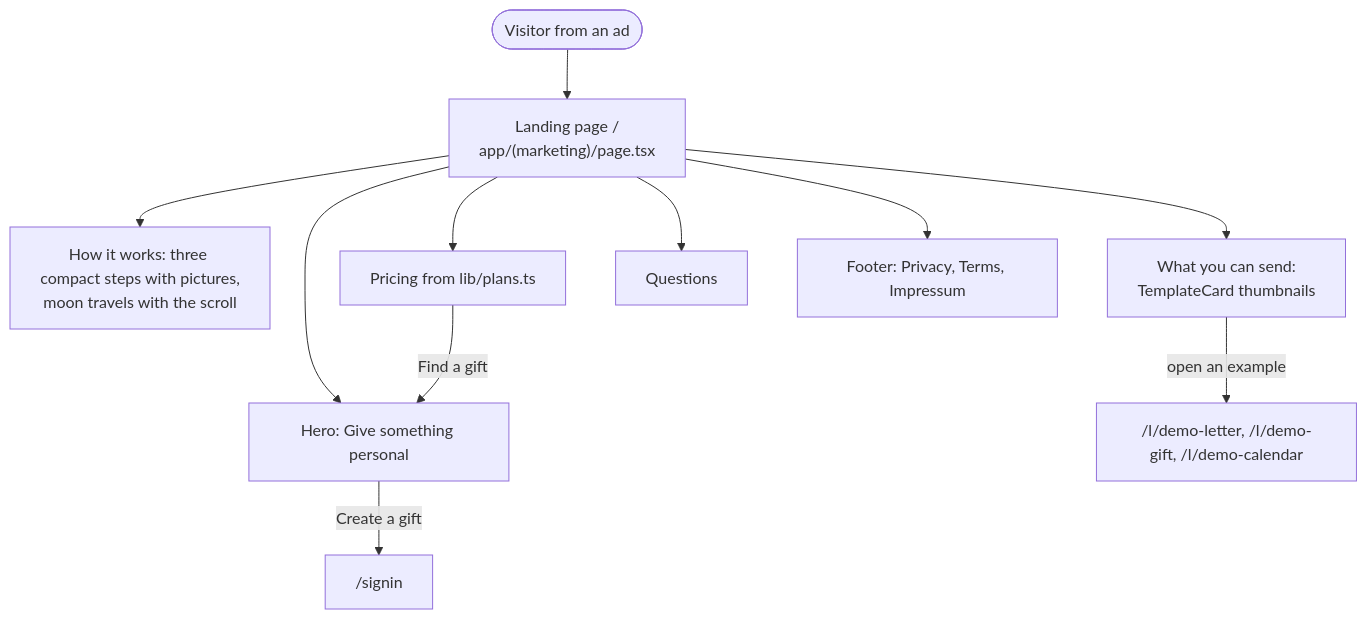
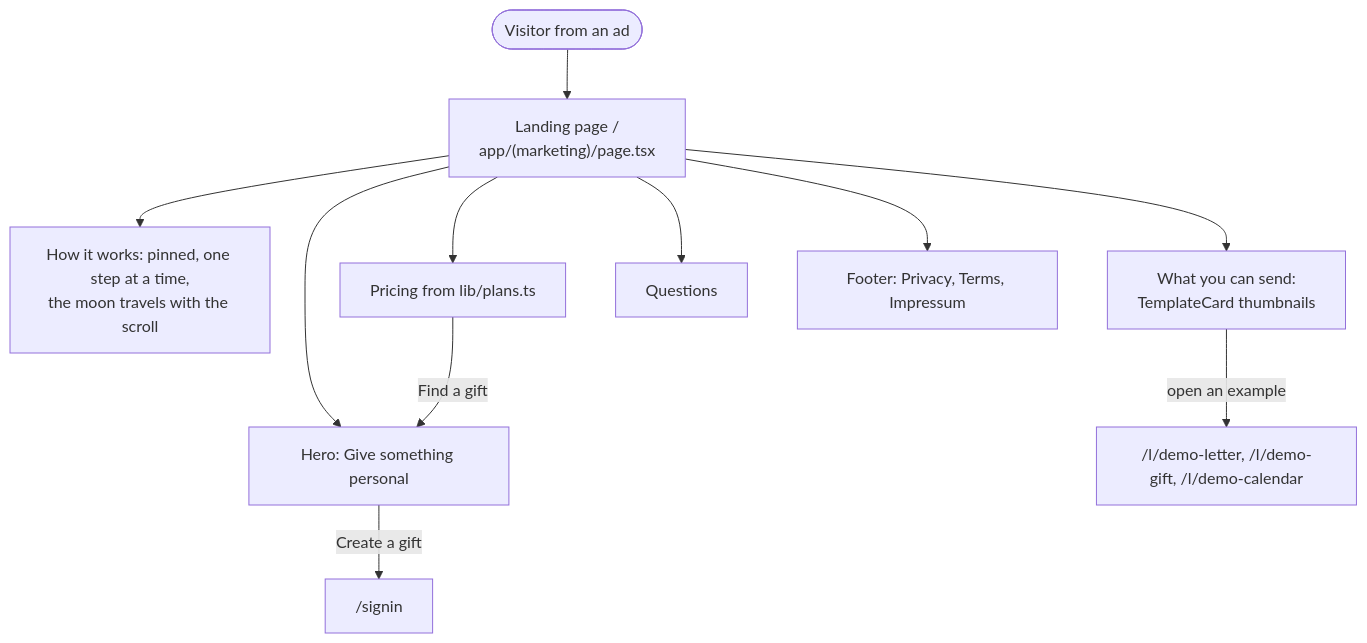
One commit to peresramirez/majnu changed the first of 3 diagrams in docs/features/landing-and-brand.md. Above: the diagram before and after it, drawn with Mermaid. The commit also changed other lines of this file and 10 other files, not shown here.

First line of the commit message:
Document How it works as a pinned story

````diff
--- a/docs/features/landing-and-brand.md
+++ b/docs/features/landing-and-brand.md
@@ -9,13 +9,13 @@
 ```mermaid
 flowchart TD
   ad(["Visitor from an ad"]) --> landing["Landing page /<br/>app/(marketing)/page.tsx"]
   landing --> hero["Hero: Give something personal"]
-  landing --> how["How it works: three compact steps with pictures,<br/>moon travels with the scroll"]
+  landing --> how["How it works: pinned, one step at a time,<br/>the moon travels with the scroll"]
   landing --> send["What you can send:<br/>TemplateCard thumbnails"]
   landing --> pricing["Pricing from lib/plans.ts"]
   landing --> faq["Questions"]
   send -->|"open an example"| demo["/l/demo-letter, /l/demo-gift, /l/demo-calendar"]
   hero -->|"Create a gift"| signin["/signin"]
   pricing -->|"Find a gift"| hero
   landing --> footer["Footer: Privacy, Terms, Impressum"]
 ```
````
